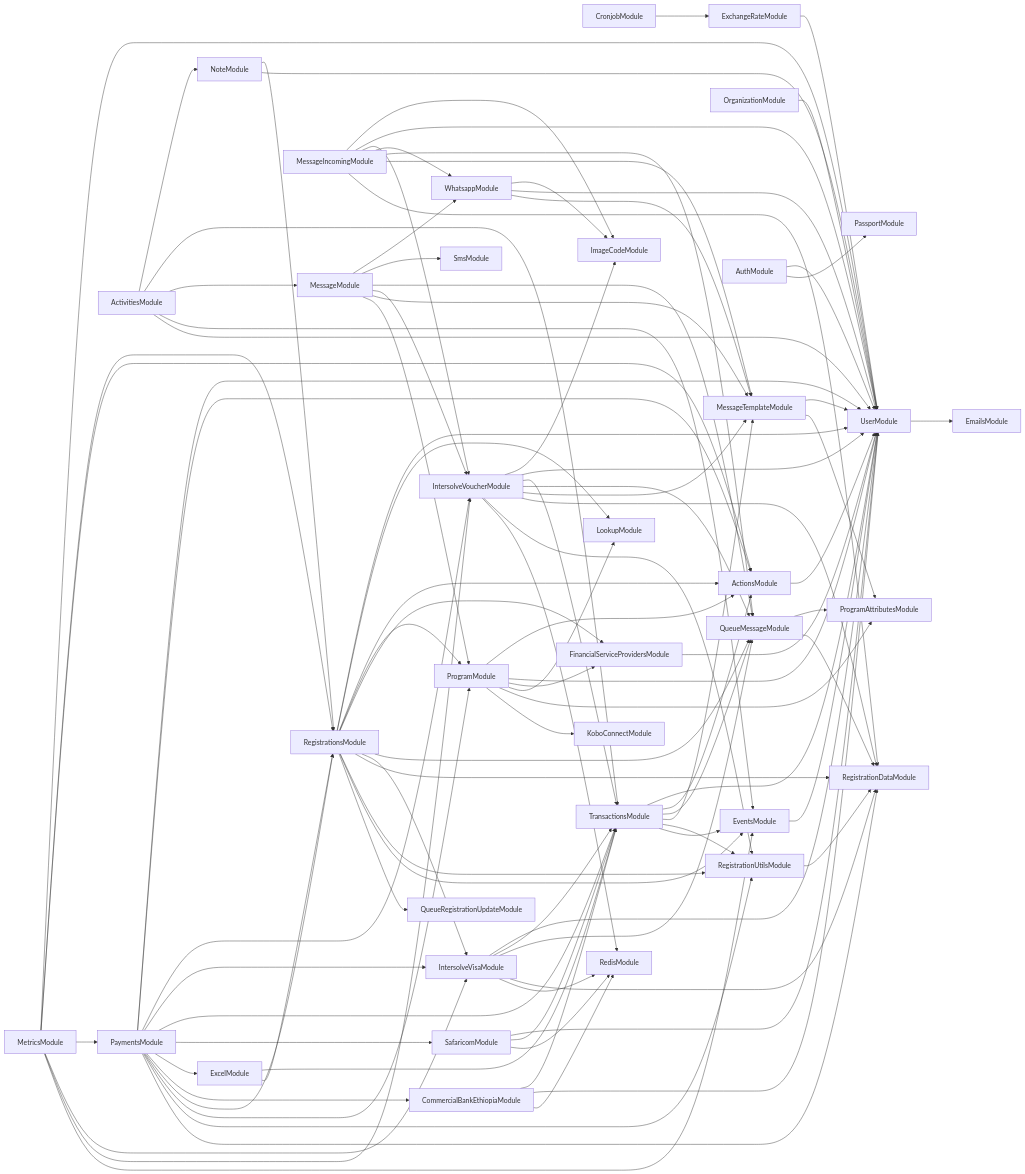
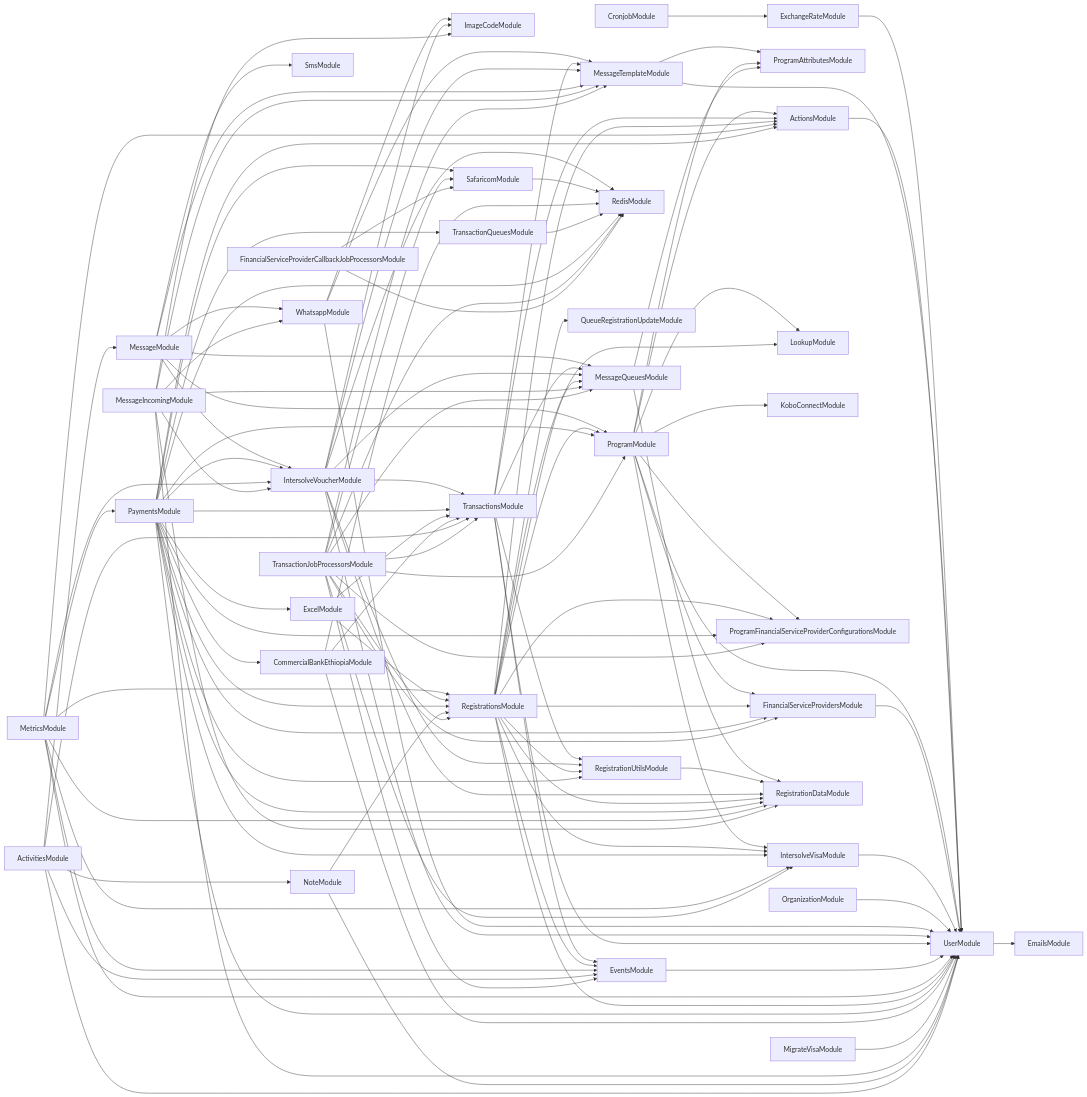
The diagram in services/121-service/module-dependencies.md (global-121/121-platform), drawn with Mermaid before and after one commit. The commit also changed 316 other files, not shown here.

First line of the commit message:
Intersolve Visa Re-implementation

````diff
--- a/services/121-service/module-dependencies.md
+++ b/services/121-service/module-dependencies.md
@@ -15,28 +15,31 @@
   ProgramModule-->LookupModule
   ProgramModule-->ProgramAttributesModule
   ProgramModule-->KoboConnectModule
+  ProgramModule-->ProgramFinancialServiceProviderConfigurationsModule
+  ProgramModule-->IntersolveVisaModule
+  IntersolveVisaModule-->UserModule
   OrganizationModule-->UserModule
   MessageModule-->WhatsappModule
   WhatsappModule-->ImageCodeModule
   WhatsappModule-->UserModule
   WhatsappModule-->MessageTemplateModule
   MessageModule-->SmsModule
-  MessageModule-->QueueMessageModule
-  QueueMessageModule-->ProgramAttributesModule
-  QueueMessageModule-->RegistrationDataModule
+  MessageModule-->MessageQueuesModule
+  MessageQueuesModule-->ProgramAttributesModule
+  MessageQueuesModule-->RegistrationDataModule
   MessageModule-->IntersolveVoucherModule
   IntersolveVoucherModule-->ImageCodeModule
   IntersolveVoucherModule-->UserModule
   IntersolveVoucherModule-->TransactionsModule
   TransactionsModule-->UserModule
   TransactionsModule-->ActionsModule
-  TransactionsModule-->QueueMessageModule
+  TransactionsModule-->MessageQueuesModule
   TransactionsModule-->MessageTemplateModule
   TransactionsModule-->RegistrationUtilsModule
   RegistrationUtilsModule-->RegistrationDataModule
   TransactionsModule-->EventsModule
   EventsModule-->UserModule
-  IntersolveVoucherModule-->QueueMessageModule
+  IntersolveVoucherModule-->MessageQueuesModule
   IntersolveVoucherModule-->MessageTemplateModule
   IntersolveVoucherModule-->RegistrationDataModule
   IntersolveVoucherModule-->RegistrationUtilsModule
@@ -50,17 +53,13 @@
   RegistrationsModule-->ActionsModule
   RegistrationsModule-->ProgramModule
   RegistrationsModule-->FinancialServiceProvidersModule
-  RegistrationsModule-->QueueMessageModule
+  RegistrationsModule-->MessageQueuesModule
   RegistrationsModule-->IntersolveVisaModule
-  IntersolveVisaModule-->UserModule
-  IntersolveVisaModule-->TransactionsModule
-  IntersolveVisaModule-->QueueMessageModule
-  IntersolveVisaModule-->RegistrationDataModule
-  IntersolveVisaModule-->RedisModule
   RegistrationsModule-->RegistrationDataModule
   RegistrationsModule-->RegistrationUtilsModule
   RegistrationsModule-->EventsModule
   RegistrationsModule-->QueueRegistrationUpdateModule
+  RegistrationsModule-->ProgramFinancialServiceProviderConfigurationsModule
   MetricsModule-->ActionsModule
   MetricsModule-->PaymentsModule
   PaymentsModule-->UserModule
@@ -69,8 +68,6 @@
   PaymentsModule-->IntersolveVisaModule
   PaymentsModule-->TransactionsModule
   PaymentsModule-->SafaricomModule
-  SafaricomModule-->UserModule
-  SafaricomModule-->TransactionsModule
   SafaricomModule-->RedisModule
   PaymentsModule-->ExcelModule
   ExcelModule-->TransactionsModule
@@ -83,23 +80,41 @@
   PaymentsModule-->ProgramModule
   PaymentsModule-->RegistrationUtilsModule
   PaymentsModule-->RegistrationDataModule
+  PaymentsModule-->TransactionQueuesModule
+  TransactionQueuesModule-->RedisModule
+  PaymentsModule-->FinancialServiceProvidersModule
+  PaymentsModule-->ProgramFinancialServiceProviderConfigurationsModule
+  PaymentsModule-->RedisModule
   MetricsModule-->IntersolveVisaModule
   MetricsModule-->IntersolveVoucherModule
   MetricsModule-->EventsModule
+  MetricsModule-->RegistrationDataModule
+  MigrateVisaModule-->UserModule
   MessageIncomingModule-->ImageCodeModule
   MessageIncomingModule-->UserModule
   MessageIncomingModule-->IntersolveVoucherModule
   MessageIncomingModule-->WhatsappModule
-  MessageIncomingModule-->QueueMessageModule
+  MessageIncomingModule-->MessageQueuesModule
   MessageIncomingModule-->MessageTemplateModule
   MessageIncomingModule-->RegistrationDataModule
   NoteModule-->RegistrationsModule
   NoteModule-->UserModule
-  AuthModule-->UserModule
-  AuthModule-->PassportModule
   ActivitiesModule-->NoteModule
   ActivitiesModule-->TransactionsModule
   ActivitiesModule-->MessageModule
   ActivitiesModule-->EventsModule
   ActivitiesModule-->UserModule
+  TransactionJobProcessorsModule-->RedisModule
+  TransactionJobProcessorsModule-->IntersolveVisaModule
+  TransactionJobProcessorsModule-->SafaricomModule
+  TransactionJobProcessorsModule-->ProgramFinancialServiceProviderConfigurationsModule
+  TransactionJobProcessorsModule-->RegistrationsModule
+  TransactionJobProcessorsModule-->ProgramModule
+  TransactionJobProcessorsModule-->TransactionsModule
+  TransactionJobProcessorsModule-->MessageQueuesModule
+  TransactionJobProcessorsModule-->FinancialServiceProvidersModule
+  TransactionJobProcessorsModule-->EventsModule
+  TransactionJobProcessorsModule-->MessageTemplateModule
+  FinancialServiceProviderCallbackJobProcessorsModule-->RedisModule
+  FinancialServiceProviderCallbackJobProcessorsModule-->SafaricomModule
 ```
````
